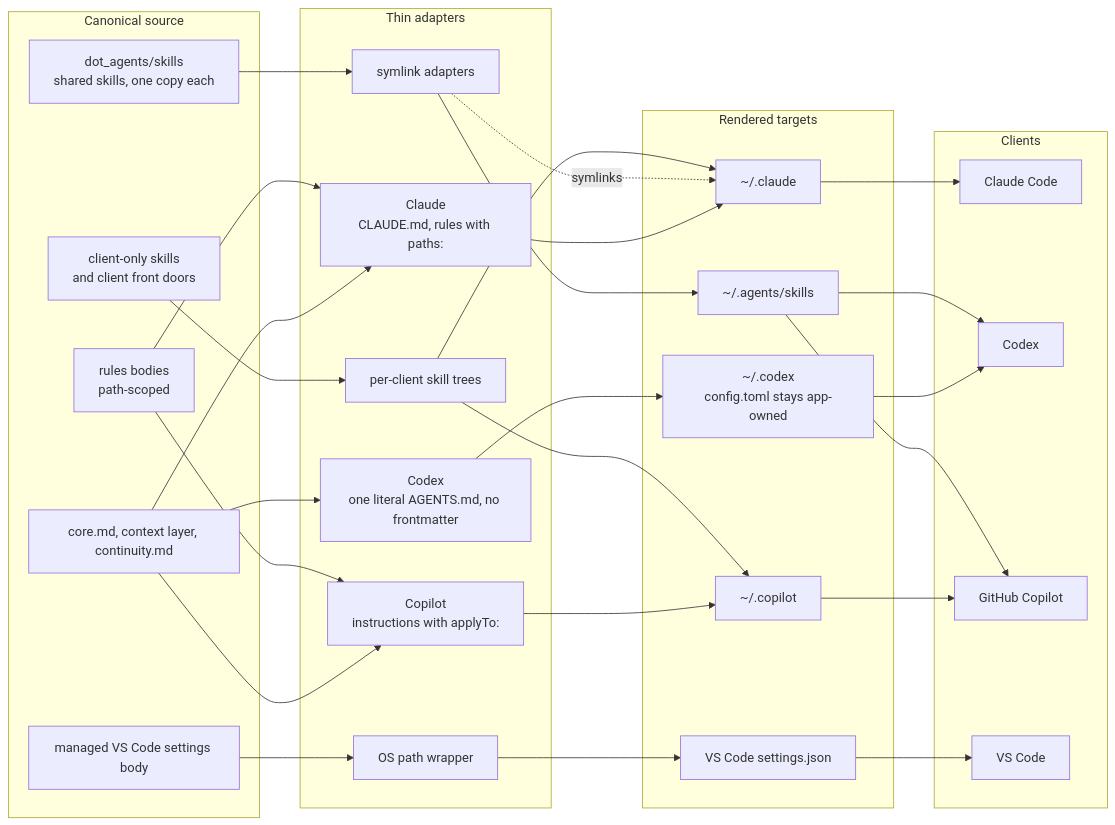
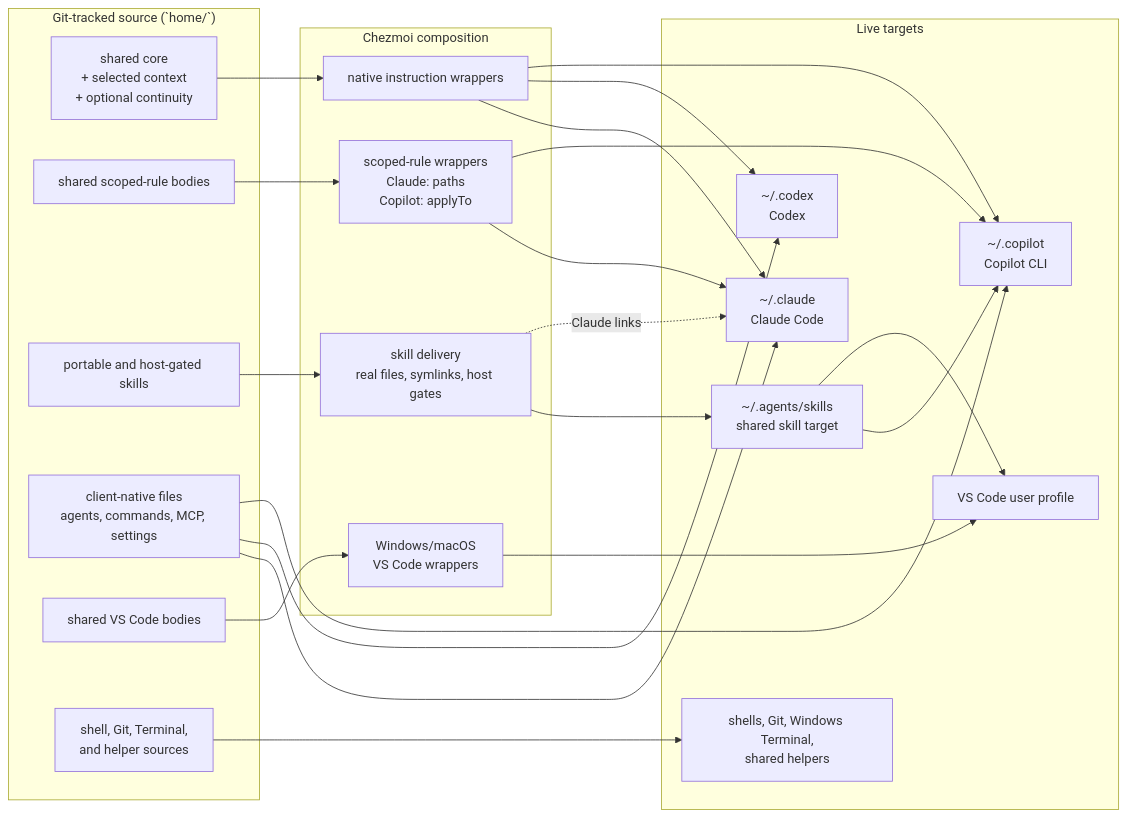
The diagram in README.md (sherrilla71940/dotfiles), drawn with Mermaid before and after one commit. The commit also changed other lines of this file and 2 other files, not shown here.

````diff
--- a/README.md
+++ b/README.md
@@ -53,59 +92,50 @@
 ```mermaid
 flowchart LR
-    subgraph sourceState["Canonical source"]
-        core["core.md, context layer, continuity.md"]
-        rules["rules bodies<br/>path-scoped"]
-        vscodeBody["managed VS Code settings body"]
-        sharedSkills["dot_agents/skills<br/>shared skills, one copy each"]
-        clientSkills["client-only skills<br/>and client front doors"]
+    subgraph source["Git-tracked source (`home/`)"]
+        core["shared core<br/>+ selected context<br/>+ optional continuity"]
+        rules["shared scoped-rule bodies"]
+        skills["portable and host-gated skills"]
+        native["client-native files<br/>agents, commands, MCP, settings"]
+        vscodeBody["shared VS Code bodies"]
+        platform["shell, Git, Terminal,<br/>and helper sources"]
     end
 
-    subgraph adapters["Thin adapters"]
-        claudeAdapter["Claude<br/>CLAUDE.md, rules with paths:"]
-        codexAdapter["Codex<br/>one literal AGENTS.md, no frontmatter"]
-        copilotAdapter["Copilot<br/>instructions with applyTo:"]
-        pathWrapper["OS path wrapper"]
-        skillAdapter["symlink adapters"]
-        clientSkillAdapter["per-client skill trees"]
+    subgraph render["Chezmoi composition"]
+        instructionAdapters["native instruction wrappers"]
+        ruleAdapters["scoped-rule wrappers<br/>Claude: paths<br/>Copilot: applyTo"]
+        skillDelivery["skill delivery<br/>real files, symlinks, host gates"]
+        osAdapters["Windows/macOS<br/>VS Code wrappers"]
     end
 
-    subgraph renderedTargets["Rendered targets"]
-        claudeTarget["~/.claude"]
-        codexTarget["~/.codex<br/>config.toml stays app-owned"]
-        copilotTarget["~/.copilot"]
-        vscodeTarget["VS Code settings.json"]
-        agentsTarget["~/.agents/skills"]
+    subgraph targets["Live targets"]
+        claude["~/.claude<br/>Claude Code"]
+        codex["~/.codex<br/>Codex"]
+        copilot["~/.copilot<br/>Copilot CLI"]
+        agents["~/.agents/skills<br/>shared skill target"]
+        vscode["VS Code user profile"]
+        other["shells, Git, Windows Terminal,<br/>shared helpers"]
     end
 
-    subgraph clients["Clients"]
-        claudeClient["Claude Code"]
-        codexClient["Codex"]
-        copilotClient["GitHub Copilot"]
-        vscodeClient["VS Code"]
-    end
+    core --> instructionAdapters
+    instructionAdapters --> claude
+    instructionAdapters --> codex
+    instructionAdapters --> copilot
 
-    core --> claudeAdapter
-    core --> codexAdapter
-    core --> copilotAdapter
-    rules --> claudeAdapter
-    rules --> copilotAdapter
-    sharedSkills --> skillAdapter
-    clientSkills --> clientSkillAdapter
-    vscodeBody --> pathWrapper
+    rules --> ruleAdapters
+    ruleAdapters --> claude
+    ruleAdapters --> copilot
 
-    claudeAdapter --> claudeTarget
-    codexAdapter --> codexTarget
-    copilotAdapter --> copilotTarget
-    skillAdapter --> agentsTarget
-    skillAdapter -.->|"symlinks"| claudeTarget
-    clientSkillAdapter --> claudeTarget
-    clientSkillAdapter --> copilotTarget
-    pathWrapper --> vscodeTarget
+    skills --> skillDelivery
+    skillDelivery --> agents
+    skillDelivery -.->|"Claude links"| claude
 
-    claudeTarget --> claudeClient
-    codexTarget --> codexClient
-    copilotTarget --> copilotClient
-    vscodeTarget --> vscodeClient
-    agentsTarget --> codexClient
-    agentsTarget --> copilotClient
+    native --> claude
+    native --> codex
+    native --> copilot
+
+    vscodeBody --> osAdapters --> vscode
+    platform --> other
+
+    agents --> copilot
+    agents --> vscode
 ```
````
